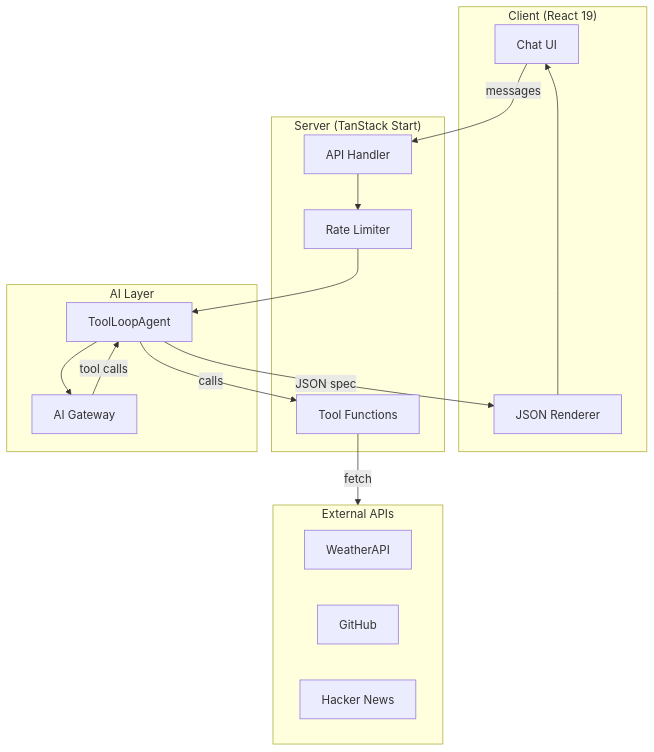
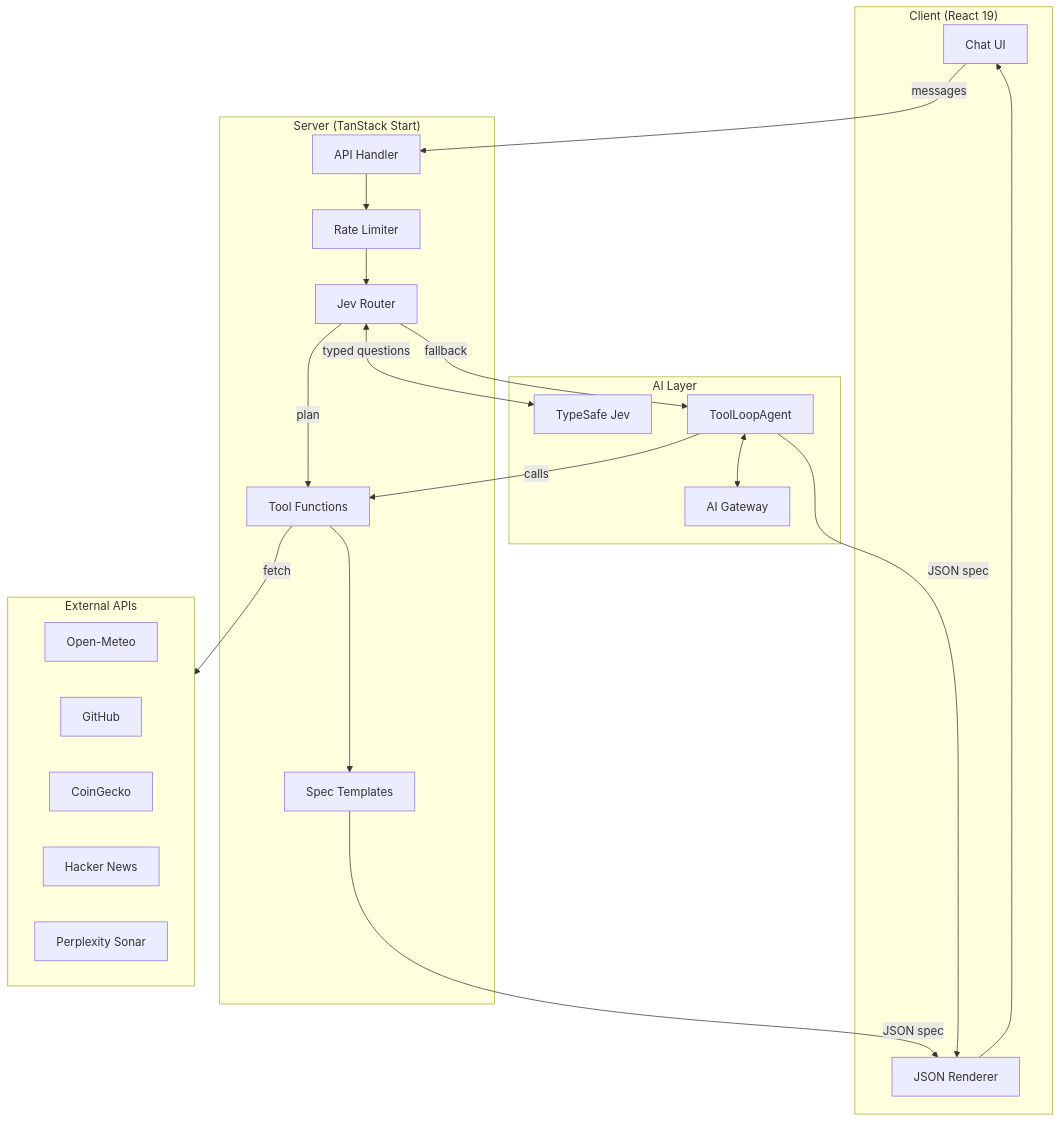
Before and after one commit to thaletto/thaletto: the diagram in src/content/projects/kite/index.mdx, drawn with Mermaid. The commit also changed other lines of this file, not shown here.

````diff
--- a/src/content/projects/kite/index.mdx
+++ b/src/content/projects/kite/index.mdx
@@ -28,34 +28,43 @@
 ```mermaid wide
 flowchart TB
     subgraph Client["Client (React 19)"]
         UI[Chat UI]
         Renderer[JSON Renderer]
     end
 
     subgraph Server["Server (TanStack Start)"]
         API[API Handler]
         RateLimit[Rate Limiter]
+        Router[Jev Router]
+        Templates[Spec Templates]
         Tools[Tool Functions]
     end
 
     subgraph AI["AI Layer"]
+        Jev[TypeSafe Jev]
         Agent[ToolLoopAgent]
         Gateway[AI Gateway]
     end
 
     subgraph External["External APIs"]
-        Weather[WeatherAPI]
+        Weather[Open-Meteo]
         GitHub[GitHub]
+        Crypto[CoinGecko]
         HN[Hacker News]
+        Search[Perplexity Sonar]
     end
 
     UI -->|messages| API
     API --> RateLimit
-    RateLimit --> Agent
-    Agent --> Gateway
-    Gateway -->|tool calls| Agent
+    RateLimit --> Router
+    Router <-->|typed questions| Jev
+    Router -->|plan| Tools
+    Tools --> Templates
+    Templates -->|JSON spec| Renderer
+    Router -->|fallback| Agent
+    Agent <--> Gateway
     Agent -->|calls| Tools
     Tools -->|fetch| External
     Agent -->|JSON spec| Renderer
     Renderer --> UI
 ```
````
